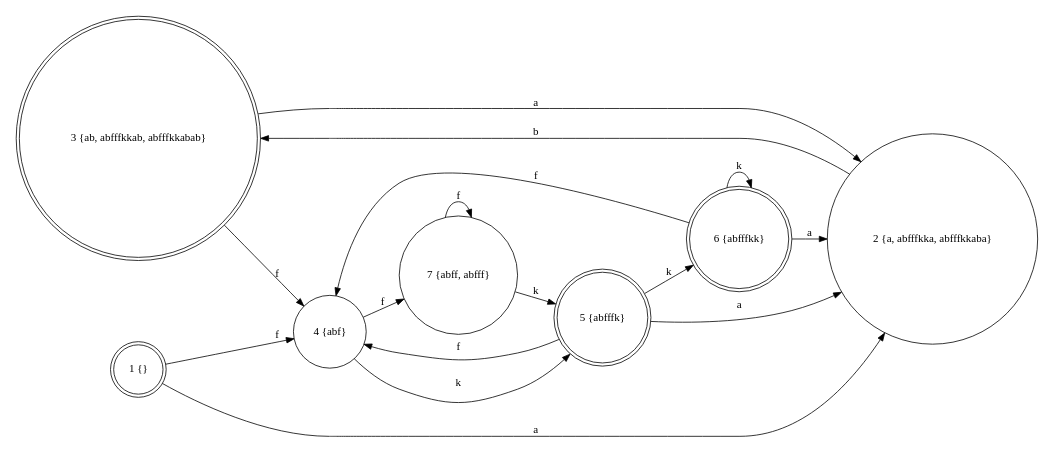
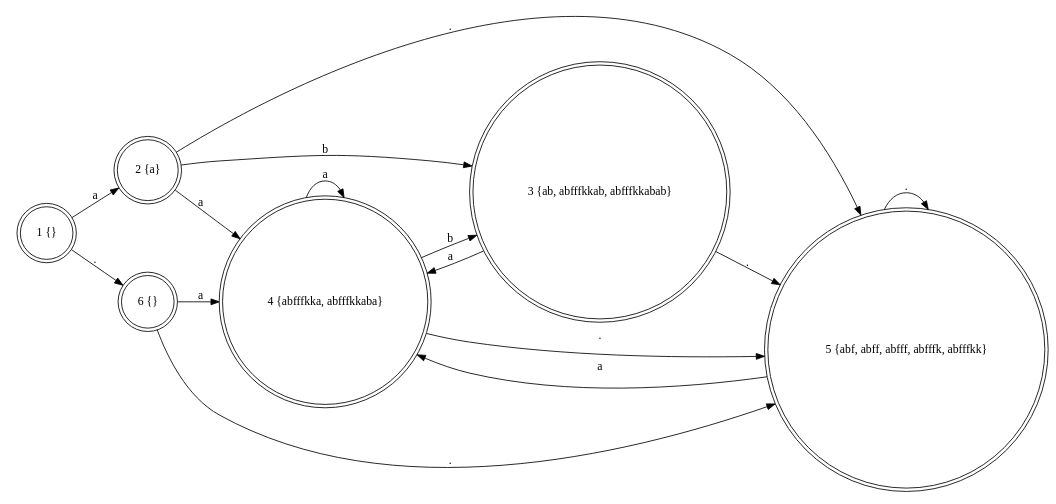
One commit to leegao/LuaInLua changed the diagram in test.dot. Above: the diagram before and after it, drawn with Graphviz. The commit also changed 3 other files, not shown here.

```diff
--- a/test.dot
+++ b/test.dot
@@ -1,29 +1,26 @@
-
 digraph {
   rankdir=LR;
   size="8,5"
-  node[shape=doublecircle,label=""]; 3 6 1 5;
+  node[shape=doublecircle,label=""]; 4 1 5 2 6 3;
   node[shape=circle,label=""];
-  4[label="4 {abf}"];
+  4[label="4 {abfffkka, abfffkkaba}"];
   1[label="1 {}"];
-  5[label="5 {abfffk}"];
-  2[label="2 {a, abfffkka, abfffkkaba}"];
-  6[label="6 {abfffkk}"];
-  7[label="7 {abff, abfff}"];
+  5[label="5 {abf, abff, abfff, abfffk, abfffkk}"];
+  2[label="2 {a}"];
+  6[label="6 {}"];
   3[label="3 {ab, abfffkkab, abfffkkabab}"];
-  4 -> 7[label="f"];
-  4 -> 5[label="k"];
+  4 -> 4[label="a"];
+  4 -> 3[label="b"];
+  4 -> 5[label="."];
   1 -> 2[label="a"];
-  1 -> 4[label="f"];
-  5 -> 4[label="f"];
-  5 -> 6[label="k"];
-  5 -> 2[label="a"];
+  1 -> 6[label="."];
+  5 -> 4[label="a"];
+  5 -> 5[label="."];
+  2 -> 4[label="a"];
   2 -> 3[label="b"];
-  6 -> 4[label="f"];
-  6 -> 6[label="k"];
-  6 -> 2[label="a"];
-  7 -> 7[label="f"];
-  7 -> 5[label="k"];
-  3 -> 2[label="a"];
-  3 -> 4[label="f"];
+  2 -> 5[label="."];
+  6 -> 4[label="a"];
+  6 -> 5[label="."];
+  3 -> 4[label="a"];
+  3 -> 5[label="."];
 }
```
